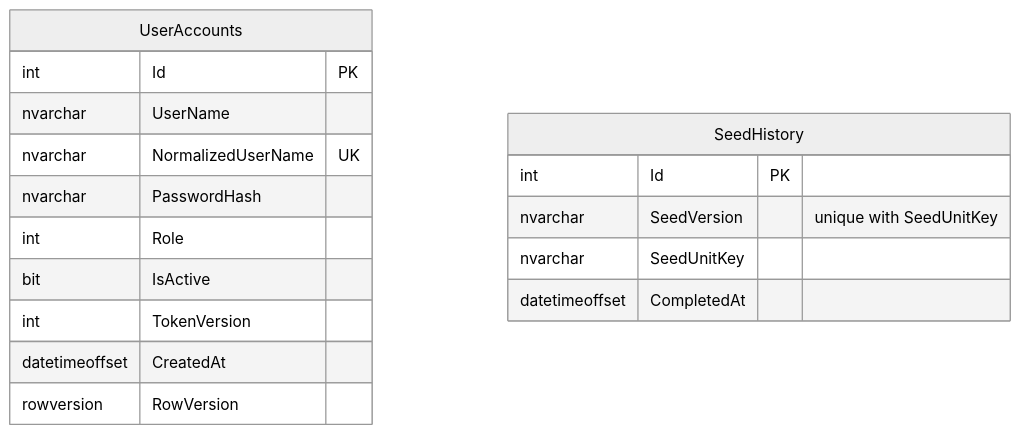
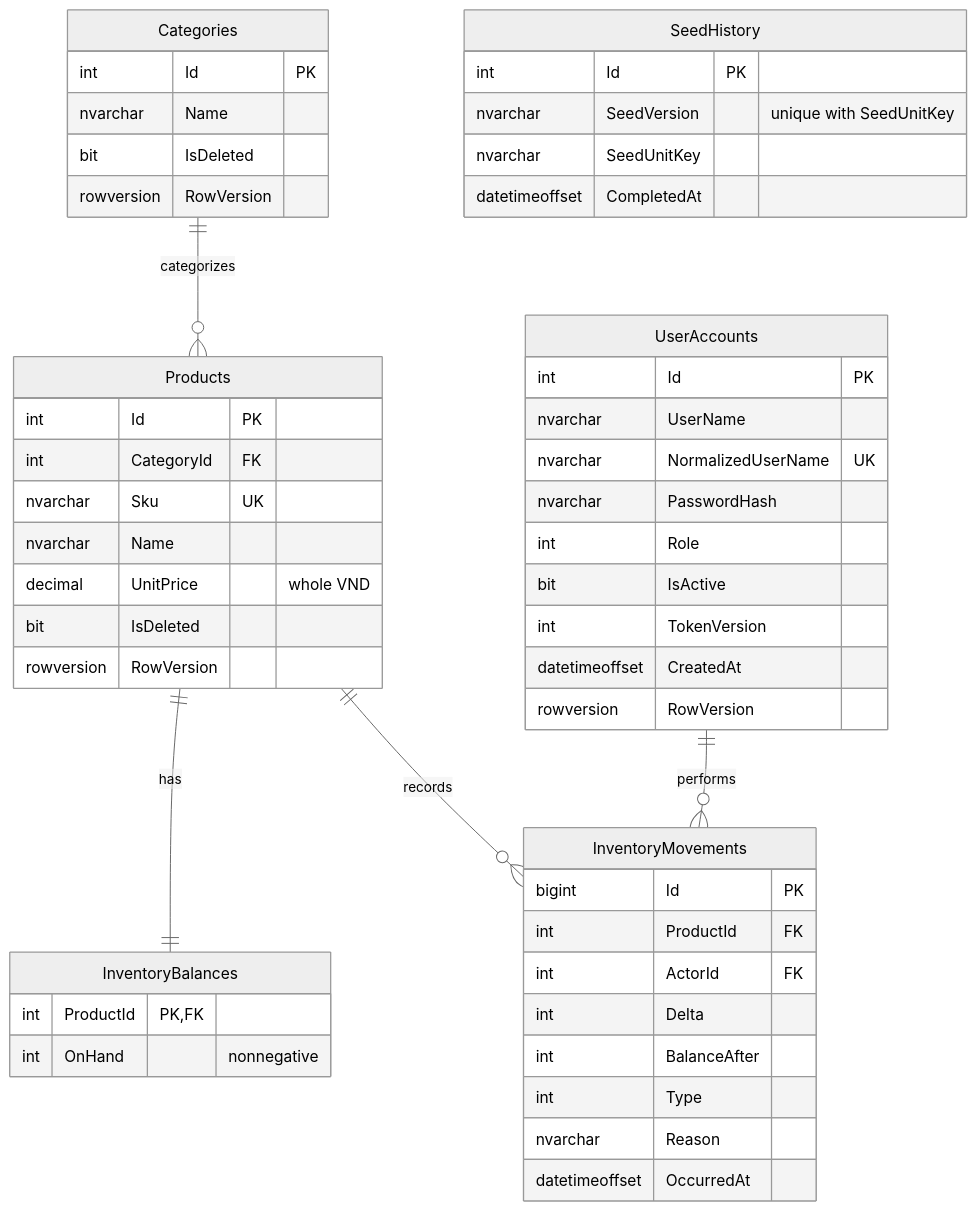
The diagram in README.md (pvanh02/Order-Inventory-Management), drawn with Mermaid (neutral theme) before and after one commit. The commit also changed other lines of this file and 1 other file, not shown here.

Commit message:
docs: document catalog and inventory contracts
Update README routes, query examples, ERD and demo seed guidance to match the implemented catalog and stock slice.

Reconcile COMET use cases, actor permissions, business rules and source owners while retaining Customer, Order and Reporting decision gates. Keep local-only tests, scripts, plans and working instructions excluded.

````diff
--- a/README.md
+++ b/README.md
@@ -76,20 +92,53 @@
 ```mermaid
 erDiagram
+    Categories ||--o{ Products : categorizes
+    Products ||--|| InventoryBalances : has
+    Products ||--o{ InventoryMovements : records
+    UserAccounts ||--o{ InventoryMovements : performs
+    Categories {
+        int Id PK
+        nvarchar Name
+        bit IsDeleted
+        rowversion RowVersion
+    }
+    Products {
+        int Id PK
+        int CategoryId FK
+        nvarchar Sku UK
+        nvarchar Name
+        decimal UnitPrice "whole VND"
+        bit IsDeleted
+        rowversion RowVersion
+    }
+    InventoryBalances {
+        int ProductId PK,FK
+        int OnHand "nonnegative"
+    }
+    InventoryMovements {
+        bigint Id PK
+        int ProductId FK
+        int ActorId FK
+        int Delta
+        int BalanceAfter
+        int Type
+        nvarchar Reason
+        datetimeoffset OccurredAt
+    }
     UserAccounts {
         int Id PK
         nvarchar UserName
         nvarchar NormalizedUserName UK
         nvarchar PasswordHash
         int Role
         bit IsActive
         int TokenVersion
         datetimeoffset CreatedAt
         rowversion RowVersion
     }
     SeedHistory {
         int Id PK
         nvarchar SeedVersion "unique with SeedUnitKey"
         nvarchar SeedUnitKey
         datetimeoffset CompletedAt
     }
 ```
````
